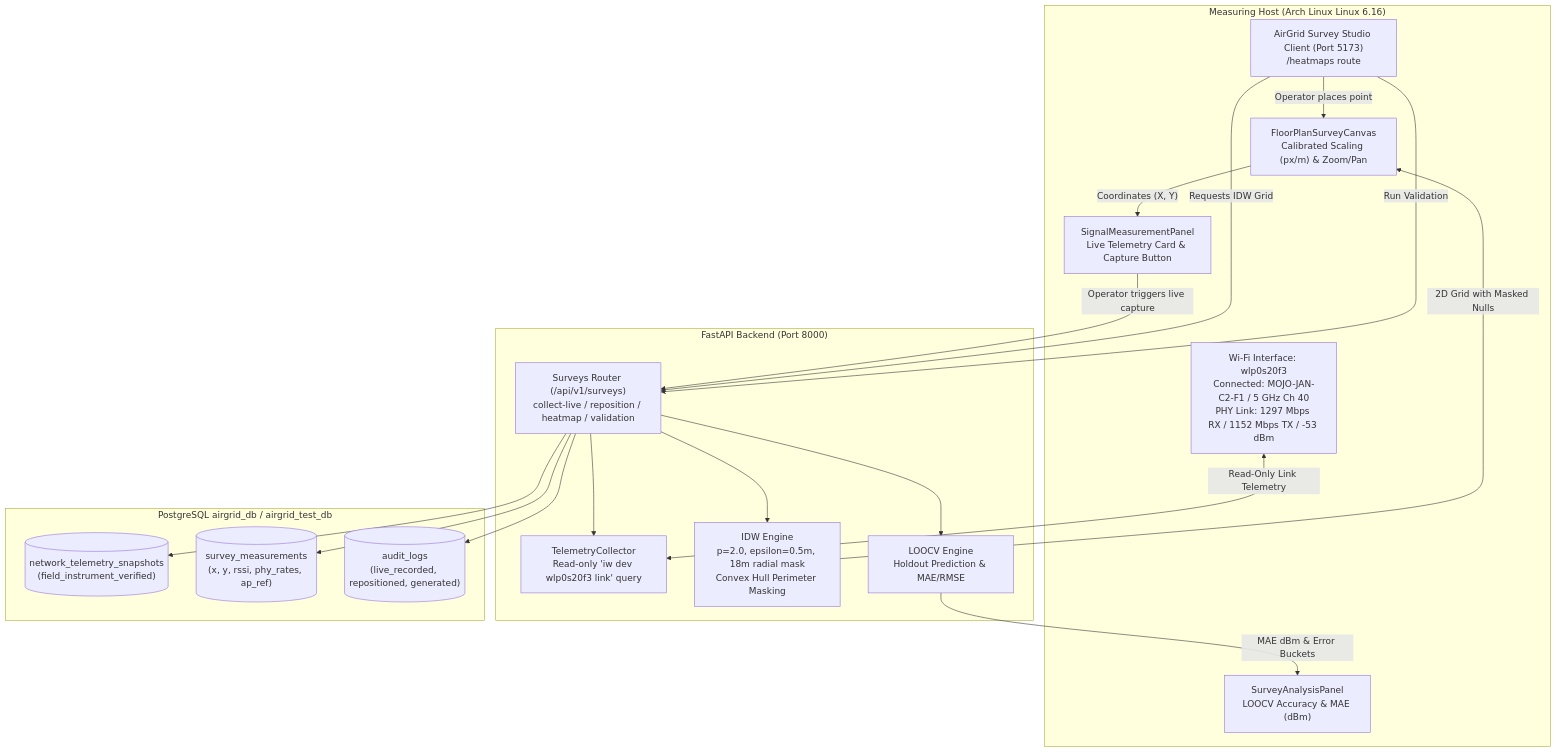
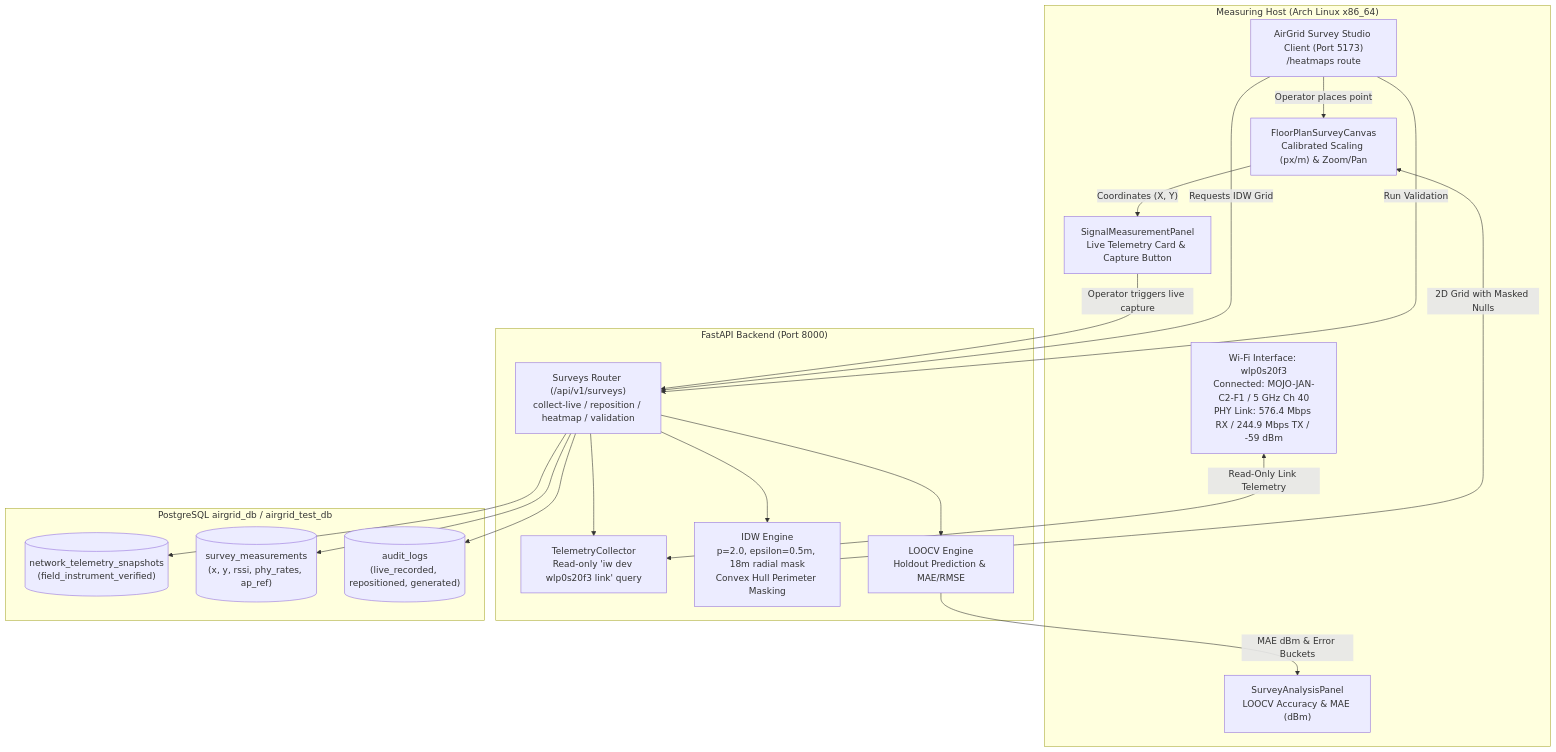
The diagram in docs/development/AIRGRID_REAL_HEATMAP_ACCEPTANCE.md (tej-1916/airgrid), drawn with Mermaid before and after one commit. The commit also changed other lines of this file and 1 other file, not shown here.

````diff
--- a/docs/development/AIRGRID_REAL_HEATMAP_ACCEPTANCE.md
+++ b/docs/development/AIRGRID_REAL_HEATMAP_ACCEPTANCE.md
@@ -29,38 +34,38 @@
 ```mermaid
 flowchart TD
-    subgraph Host["Measuring Host (Arch Linux Linux 6.16)"]
-        NIC["Wi-Fi Interface: wlp0s20f3\nConnected: MOJO-JAN-C2-F1 / 5 GHz Ch 40\nPHY Link: 1297 Mbps RX / 1152 Mbps TX / -53 dBm"]
+    subgraph Host["Measuring Host (Arch Linux x86_64)"]
+        NIC["Wi-Fi Interface: wlp0s20f3\nConnected: MOJO-JAN-C2-F1 / 5 GHz Ch 40\nPHY Link: 576.4 Mbps RX / 244.9 Mbps TX / -59 dBm"]
         Browser["AirGrid Survey Studio Client (Port 5173)\n/heatmaps route"]
         Canvas["FloorPlanSurveyCanvas\nCalibrated Scaling (px/m) & Zoom/Pan"]
         TelemetryPanel["SignalMeasurementPanel\nLive Telemetry Card & Capture Button"]
         AnalysisPanel["SurveyAnalysisPanel\nLOOCV Accuracy & MAE (dBm)"]
     end
 
     subgraph Backend["FastAPI Backend (Port 8000)"]
         SurveyAPI["Surveys Router (/api/v1/surveys)\ncollect-live / reposition / heatmap / validation"]
         Collector["TelemetryCollector\nRead-only 'iw dev wlp0s20f3 link' query"]
         IDWEngine["IDW Engine\np=2.0, epsilon=0.5m, 18m radial mask\nConvex Hull Perimeter Masking"]
         ValidationEngine["LOOCV Engine\nHoldout Prediction & MAE/RMSE"]
     end
 
     subgraph Storage["PostgreSQL airgrid_db / airgrid_test_db"]
         SnapTable[("network_telemetry_snapshots\n(field_instrument_verified)")]
         MeasTable[("survey_measurements\n(x, y, rssi, phy_rates, ap_ref)")]
         AuditTable[("audit_logs\n(live_recorded, repositioned, generated)")]
     end
 
     NIC <-->|"Read-Only Link Telemetry"| Collector
     Browser -->|"Operator places point"| Canvas
     Canvas -->|"Coordinates (X, Y)"| TelemetryPanel
     TelemetryPanel -->|"Operator triggers live capture"| SurveyAPI
     SurveyAPI --> Collector
     SurveyAPI --> SnapTable
     SurveyAPI --> MeasTable
     SurveyAPI --> AuditTable
     Browser -->|"Requests IDW Grid"| SurveyAPI
     SurveyAPI --> IDWEngine
     IDWEngine -->|"2D Grid with Masked Nulls"| Canvas
     Browser -->|"Run Validation"| SurveyAPI
     SurveyAPI --> ValidationEngine
     ValidationEngine -->|"MAE dBm & Error Buckets"| AnalysisPanel
 ```
````
